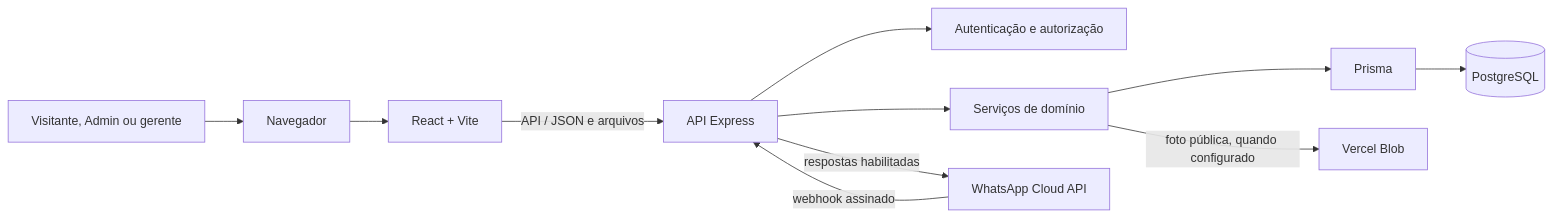
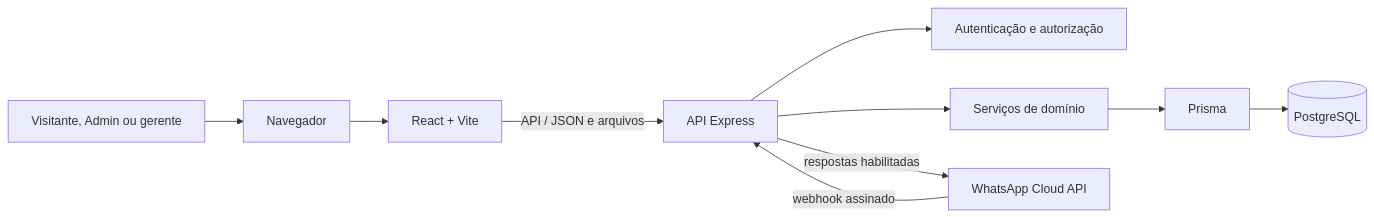
Before and after one commit to Pietro-August0/Vaggu: the first of 2 diagrams in segunda-mente/Vaggu/Tecnologias/Tecnologias e arquitetura.md, drawn with Mermaid. The commit also changed other lines of this file and 42 other files, not shown here.

````diff
--- a/segunda-mente/Vaggu/Tecnologias/Tecnologias e arquitetura.md
+++ b/segunda-mente/Vaggu/Tecnologias/Tecnologias e arquitetura.md
@@ -47,13 +46,12 @@
 ```mermaid
 flowchart LR
     U[Visitante, Admin ou gerente] --> N[Navegador]
     N --> F[React + Vite]
     F -->|API / JSON e arquivos| A[API Express]
     A --> AU[Autenticação e autorização]
     A --> D[Serviços de domínio]
     D --> P[Prisma]
     P --> B[(PostgreSQL)]
-    D -->|foto pública, quando configurado| V[Vercel Blob]
     M[WhatsApp Cloud API] -->|webhook assinado| A
     A -->|respostas habilitadas| M
 ```
````
